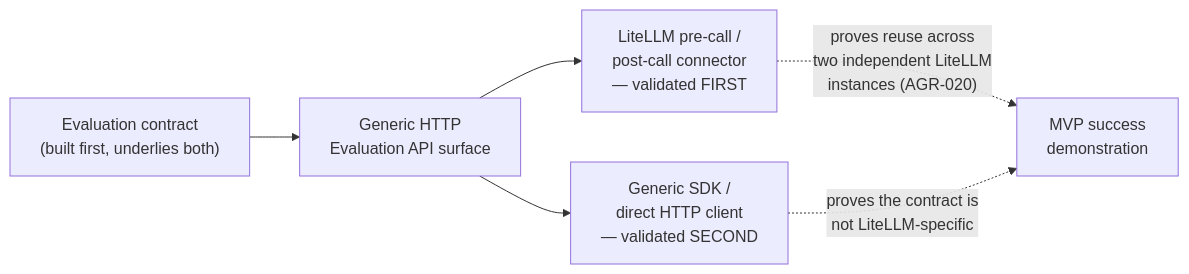
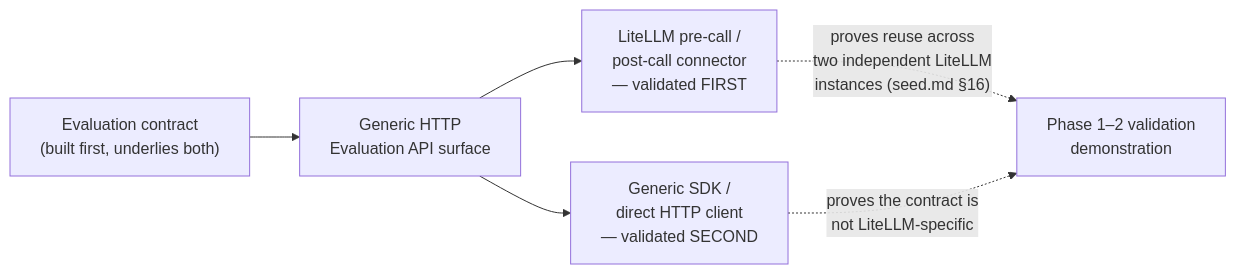
Before and after one commit to veglezMX/guardrails: the fifth of 7 diagrams in solution-docs/60-delivery/IMPLEMENTATION-STRATEGY.md, drawn with Mermaid. The commit also changed other lines of this file and 70 other files, not shown here.

````diff
--- a/solution-docs/60-delivery/IMPLEMENTATION-STRATEGY.md
+++ b/solution-docs/60-delivery/IMPLEMENTATION-STRATEGY.md
@@ -224,8 +224,8 @@
 ```mermaid
 flowchart LR
     EC["Evaluation contract\n(built first, underlies both)"] --> API["Generic HTTP\nEvaluation API surface"]
     API --> LC["LiteLLM pre-call /\npost-call connector\n— validated FIRST"]
     API --> SDK["Generic SDK /\ndirect HTTP client\n— validated SECOND"]
-    LC -. "proves reuse across\ntwo independent LiteLLM\ninstances (AGR-020)" .-> Demo["MVP success\ndemonstration"]
+    LC -. "proves reuse across\ntwo independent LiteLLM\ninstances (seed.md §16)" .-> Demo["Phase 1–2 validation\ndemonstration"]
     SDK -. "proves the contract is\nnot LiteLLM-specific" .-> Demo
 ```
````
